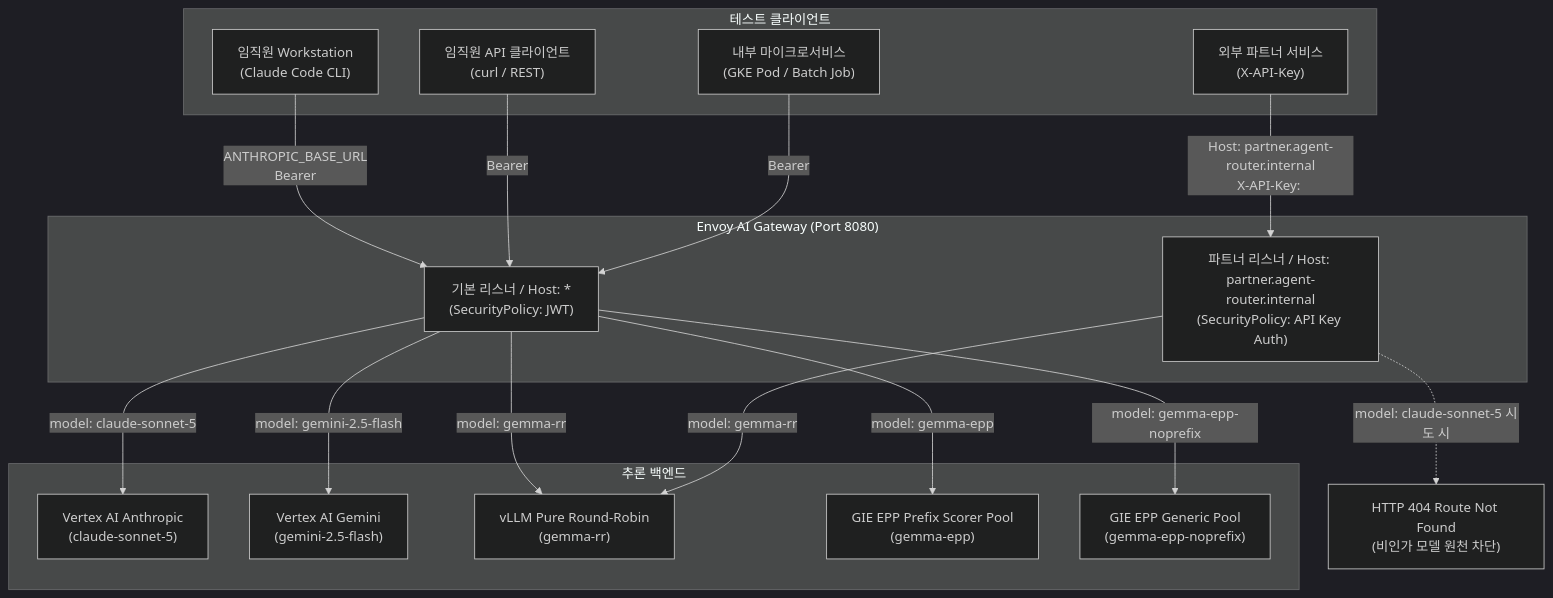
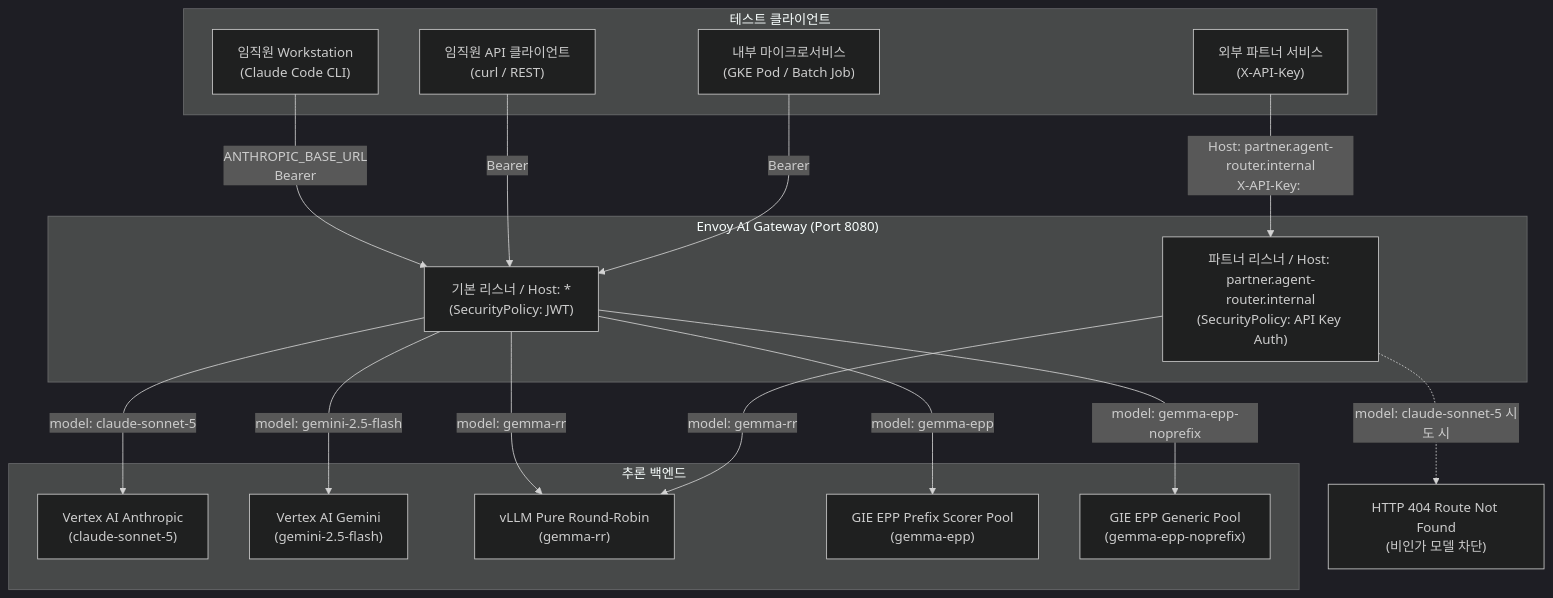
The diagram in docs/operations-ko/manual-test-guide.md (seoeunbae/agentrouter-multi-llm-gcp), drawn with Mermaid (dark theme) before and after one commit. The commit also changed other lines of this file and 20 other files, not shown here.

````diff
--- a/docs/operations-ko/manual-test-guide.md
+++ b/docs/operations-ko/manual-test-guide.md
@@ -11,36 +11,36 @@
 ```mermaid
 flowchart TD
     subgraph Client["테스트 클라이언트"]
         C1["임직원 Workstation\n(Claude Code CLI)"]
         C2["임직원 API 클라이언트\n(curl / REST)"]
         C3["내부 마이크로서비스\n(GKE Pod / Batch Job)"]
         C4["외부 파트너 서비스\n(X-API-Key)"]
     end
 
     subgraph Ingress["Envoy AI Gateway (Port 8080)"]
         GW_JWT["기본 리스너 / Host: *\n(SecurityPolicy: JWT)"]
         GW_KEY["파트너 리스너 / Host: partner.agent-router.internal\n(SecurityPolicy: API Key Auth)"]
     end
 
     subgraph Backend["추론 백엔드"]
         V_CLAUDE["Vertex AI Anthropic\n(claude-sonnet-5)"]
         V_GEMINI["Vertex AI Gemini\n(gemini-2.5-flash)"]
         K_RR["vLLM Pure Round-Robin\n(gemma-rr)"]
         K_EPP["GIE EPP Prefix Scorer Pool\n(gemma-epp)"]
         K_NOPREF["GIE EPP Generic Pool\n(gemma-epp-noprefix)"]
     end
 
     C1 -->|"ANTHROPIC_BASE_URL\nBearer <GCIP_JWT>"| GW_JWT
     C2 -->|"Bearer <GCIP_JWT>"| GW_JWT
     C3 -->|"Bearer <Google_SA_ID_Token>"| GW_JWT
     C4 -->|"Host: partner.agent-router.internal\nX-API-Key: <Key>"| GW_KEY
 
     GW_JWT -->|model: claude-sonnet-5| V_CLAUDE
     GW_JWT -->|model: gemini-2.5-flash| V_GEMINI
     GW_JWT -->|model: gemma-rr| K_RR
     GW_JWT -->|model: gemma-epp| K_EPP
     GW_JWT -->|model: gemma-epp-noprefix| K_NOPREF
 
     GW_KEY -->|model: gemma-rr| K_RR
-    GW_KEY -.->|model: claude-sonnet-5 시도 시| ERR_404["HTTP 404 Route Not Found\n(비인가 모델 원천 차단)"]
+    GW_KEY -.->|model: claude-sonnet-5 시도 시| ERR_404["HTTP 404 Route Not Found\n(비인가 모델 차단)"]
 ```
````
